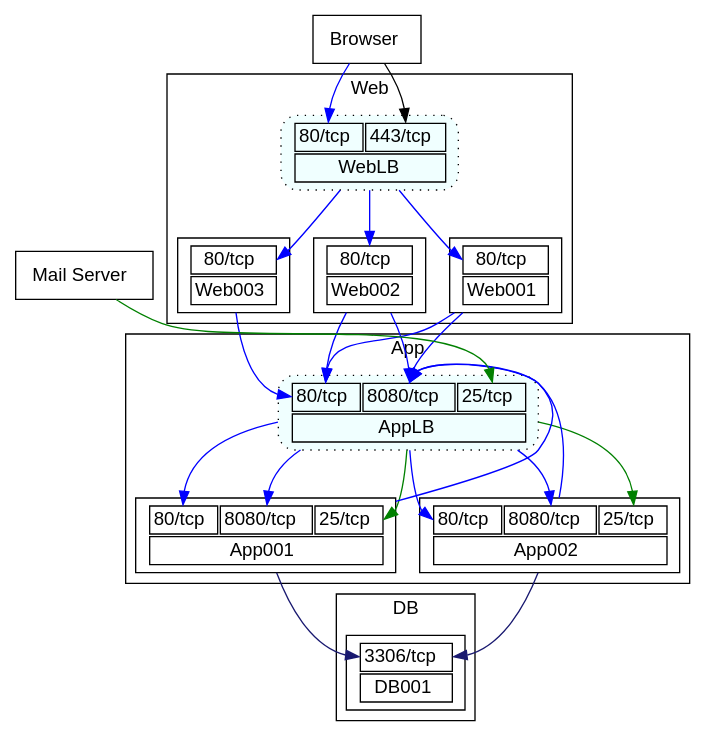
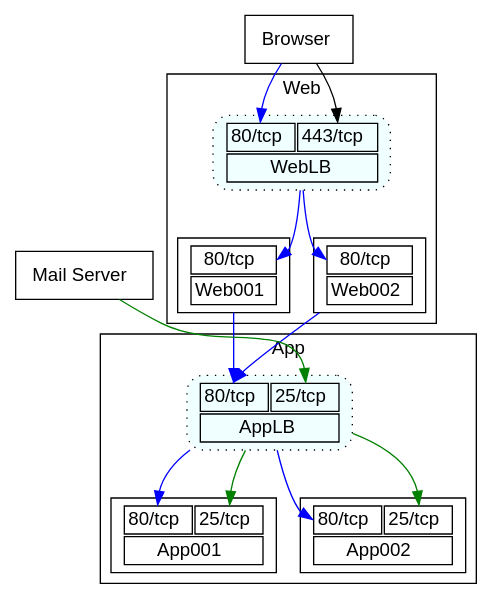
Before and after one commit to otahi/network_drawer: the diagram in examples/simple.dot, drawn with Graphviz. The commit also changed 4 other files, not shown here.

```diff
--- a/examples/simple.dot
+++ b/examples/simple.dot
@@ -1,75 +1,53 @@
 digraph simple {
   subgraph cluster1 {
     label="Web";
     fontname="Helvetica";
     3[fontname="Helvetica",shape="box",label=<<table border='0'><tr border='1'><td border='1' port="p80tcp">80/tcp</td><td border='1' port="p443tcp">443/tcp</td></tr><tr border='1'><td border='1' colspan="2">WebLB</td></tr></table>>,tooltip="WebLB",URL="https://github.com/otahi/network_drawer/",style="rounded,filled,dotted",fillcolor="azure"];
   }
   subgraph cluster1 {
     label="Web";
     fontname="Helvetica";
     4[fontname="Helvetica",shape="box",label=<<table border='0'><tr border='1'><td border='1' port="p80tcp">80/tcp</td></tr><tr border='1'><td border='1' colspan="1">Web001</td></tr></table>>,tooltip="Web001",URL=""];
   }
   subgraph cluster1 {
     label="Web";
     fontname="Helvetica";
     5[fontname="Helvetica",shape="box",label=<<table border='0'><tr border='1'><td border='1' port="p80tcp">80/tcp</td></tr><tr border='1'><td border='1' colspan="1">Web002</td></tr></table>>,tooltip="Web002",URL=""];
   }
-  subgraph cluster1 {
-    label="Web";
+  subgraph cluster3 {
+    label="App";
     fontname="Helvetica";
-    6[fontname="Helvetica",shape="box",label=<<table border='0'><tr border='1'><td border='1' port="p80tcp">80/tcp</td></tr><tr border='1'><td border='1' colspan="1">Web003</td></tr></table>>,tooltip="Web003",URL=""];
+    6[fontname="Helvetica",shape="box",label=<<table border='0'><tr border='1'><td border='1' port="p80tcp">80/tcp</td><td border='1' port="p25tcp">25/tcp</td></tr><tr border='1'><td border='1' colspan="2">AppLB</td></tr></table>>,tooltip="AppLB",URL="",style="rounded,filled,dotted",fillcolor="azure"];
   }
   subgraph cluster3 {
     label="App";
     fontname="Helvetica";
-    7[fontname="Helvetica",shape="box",label=<<table border='0'><tr border='1'><td border='1' port="p80tcp">80/tcp</td><td border='1' port="p8080tcp">8080/tcp</td><td border='1' port="p25tcp">25/tcp</td></tr><tr border='1'><td border='1' colspan="3">AppLB</td></tr></table>>,tooltip="AppLB",URL="",style="rounded,filled,dotted",fillcolor="azure"];
+    7[fontname="Helvetica",shape="box",label=<<table border='0'><tr border='1'><td border='1' port="p80tcp">80/tcp</td><td border='1' port="p25tcp">25/tcp</td></tr><tr border='1'><td border='1' colspan="2">App001</td></tr></table>>,tooltip="App001",URL=""];
   }
   subgraph cluster3 {
     label="App";
     fontname="Helvetica";
-    8[fontname="Helvetica",shape="box",label=<<table border='0'><tr border='1'><td border='1' port="p80tcp">80/tcp</td><td border='1' port="p8080tcp">8080/tcp</td><td border='1' port="p25tcp">25/tcp</td></tr><tr border='1'><td border='1' colspan="3">App001</td></tr></table>>,tooltip="App001",URL=""];
-  }
-  subgraph cluster3 {
-    label="App";
-    fontname="Helvetica";
-    9[fontname="Helvetica",shape="box",label=<<table border='0'><tr border='1'><td border='1' port="p80tcp">80/tcp</td><td border='1' port="p8080tcp">8080/tcp</td><td border='1' port="p25tcp">25/tcp</td></tr><tr border='1'><td border='1' colspan="3">App002</td></tr></table>>,tooltip="App002",URL=""];
-  }
-  subgraph cluster4 {
-    label="DB";
-    fontname="Helvetica";
-    10[fontname="Helvetica",shape="box",label=<<table border='0'><tr border='1'><td border='1' port="p3306tcp">3306/tcp</td></tr><tr border='1'><td border='1' colspan="1">DB001</td></tr></table>>,tooltip="DB001",URL=""];
+    8[fontname="Helvetica",shape="box",label=<<table border='0'><tr border='1'><td border='1' port="p80tcp">80/tcp</td><td border='1' port="p25tcp">25/tcp</td></tr><tr border='1'><td border='1' colspan="2">App002</td></tr></table>>,tooltip="App002",URL=""];
   }
   rankdir="TB";
   fontname="Helvetica";
   1[fontname="Helvetica",shape="box",label=<<table border='0'><tr border='1'><td>Browser</td></tr></table>>,tooltip="Browser",URL=""];
   2[fontname="Helvetica",shape="box",label=<<table border='0'><tr border='1'><td>Mail Server</td></tr></table>>,tooltip="Mail Server",URL=""];
   3;
-  7;
+  6;
   4;
   5;
-  6;
+  7;
   8;
-  9;
-  10;
   1 -> 3:p80tcp[color="blue"];
   1 -> 3:p443tcp;
-  2 -> 7:p25tcp[color="green"];
+  2 -> 6:p25tcp[color="green"];
   3 -> 4:p80tcp[color="blue"];
   3 -> 5:p80tcp[color="blue"];
-  3 -> 6:p80tcp[color="blue"];
-  4 -> 7:p80tcp[color="blue"];
-  5 -> 7:p80tcp[color="blue"];
-  4 -> 7:p8080tcp[color="blue"];
-  5 -> 7:p8080tcp[color="blue"];
+  4 -> 6:p80tcp[color="blue"];
+  5 -> 6:p80tcp[color="blue"];
+  6 -> 7:p25tcp[color="green"];
   6 -> 7:p80tcp[color="blue"];
-  8 -> 7:p8080tcp[color="blue"];
-  9 -> 7:p8080tcp[color="blue"];
-  7 -> 8:p25tcp[color="green"];
-  7 -> 8:p80tcp[color="blue"];
-  7 -> 8:p8080tcp[color="blue"];
-  7 -> 9:p25tcp[color="green"];
-  7 -> 9:p80tcp[color="blue"];
-  7 -> 9:p8080tcp[color="blue"];
-  8 -> 10:p3306tcp[color="midnightblue"];
-  9 -> 10:p3306tcp[color="midnightblue"];
+  6 -> 8:p25tcp[color="green"];
+  6 -> 8:p80tcp[color="blue"];
 }
```
